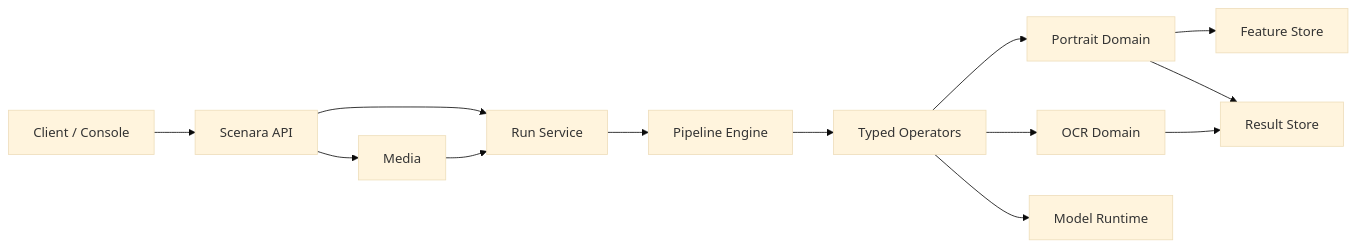
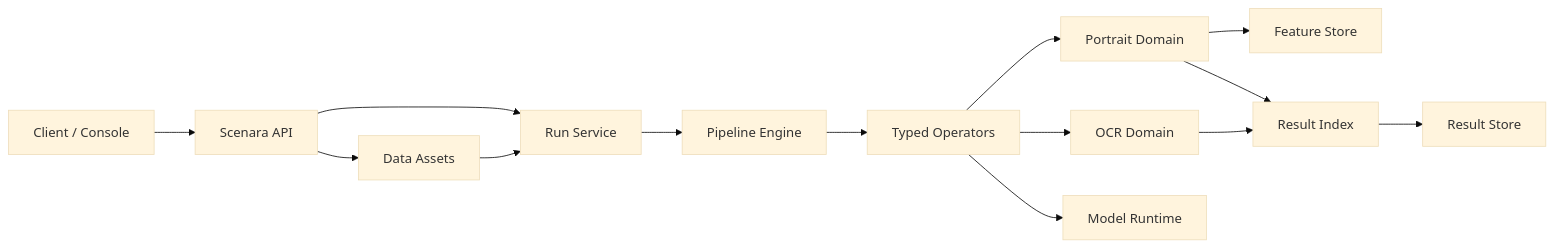
One commit to jeja2023/scenara changed the diagram in README.md. Above: the diagram before and after it, drawn with Mermaid (base theme). The commit also changed other lines of this file and 254 other files, not shown here.

````diff
--- a/README.md
+++ b/README.md
@@ -24,15 +24,16 @@
 ```mermaid
 flowchart LR
     C["Client / Console"] --> A["Scenara API"]
-    A --> M["Media"]
+    A --> M["Data Assets"]
     A --> R["Run Service"]
     M --> R
     R --> P["Pipeline Engine"]
     P --> O["Typed Operators"]
     O --> D1["Portrait Domain"]
     O --> D2["OCR Domain"]
     O --> MR["Model Runtime"]
     D1 --> F["Feature Store"]
-    D1 --> RS["Result Store"]
-    D2 --> RS
+    D1 --> RI["Result Index"]
+    D2 --> RI
+    RI --> RS["Result Store"]
 ```
````
